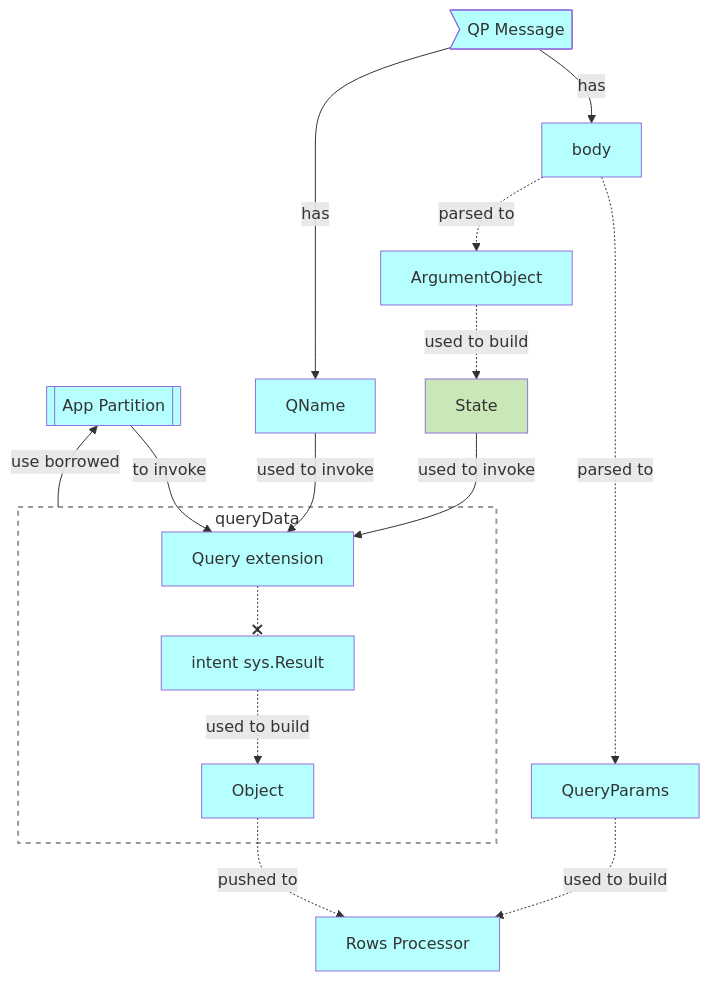
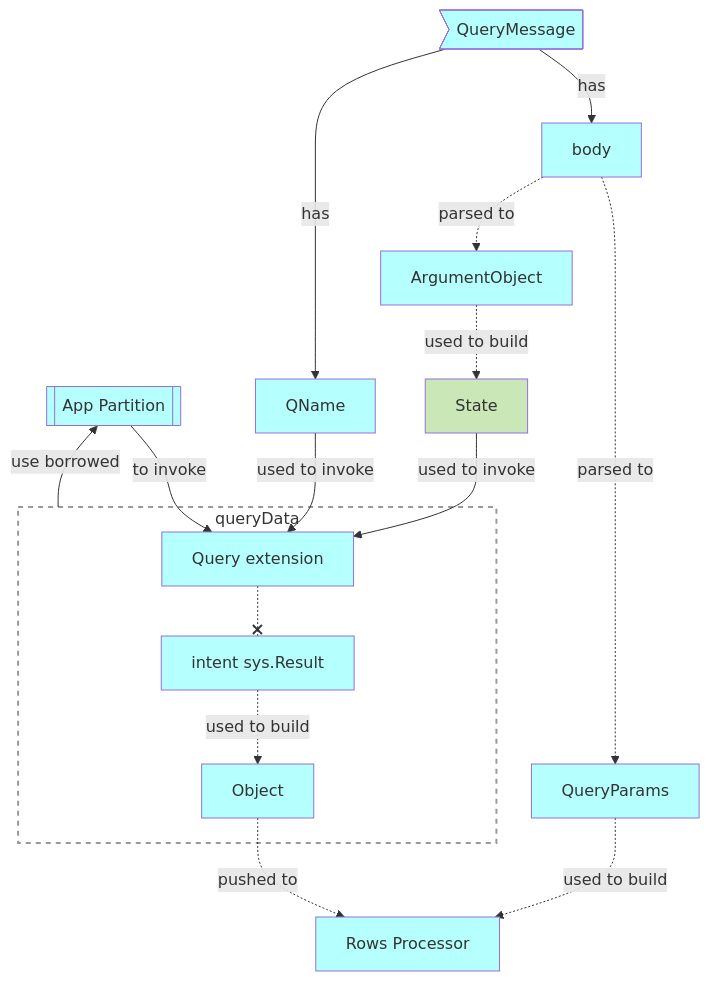
The second of 5 diagrams in server/design/qp.md (voedger/voedger-internals), drawn with Mermaid before and after one commit. The commit also changed other lines of this file, not shown here.

````diff
--- a/server/design/qp.md
+++ b/server/design/qp.md
@@ -46,35 +47,35 @@
 ```mermaid
 flowchart
 queryData[Query Data]:::G
 appPartition[[App Partition]]:::S
 state[State]:::H
-qpMessage>QP Message]:::S
+qpMessage>QueryMessage]:::S
 rp[Rows Processor]:::S
 
 subgraph queryData
   query[Query extension]:::S
   intents["intent sys.Result"]:::S
   objects[Object]:::S
 end
 
 queryData --> |use borrowed|appPartition
 appPartition --> |to invoke|query
 state --> |used to invoke|query
 qpMessage --> |has|body:::S
 qpMessage --> |has|QName:::S
 QName --> |used to invoke|query
 body -.-> |parsed to|queryParams[QueryParams]:::S
 body -.-> |parsed to|queryArg[ArgumentObject]:::S
 queryArg -.-> |used to build|state
 queryParams -.-> |used to build|rp
 objects -.-> |pushed to|rp
 query -.-x intents:::S
 intents -.-> |used to build|objects
 
 
 %% Styles ====================
 classDef B fill:#FFFFB5,color:#333
 classDef S fill:#B5FFFF,color:#333
 classDef H fill:#C9E7B7,color:#333
 classDef G fill:#ffffff15, stroke:#999, stroke-width:2px, stroke-dasharray: 5 5
 ```
````
